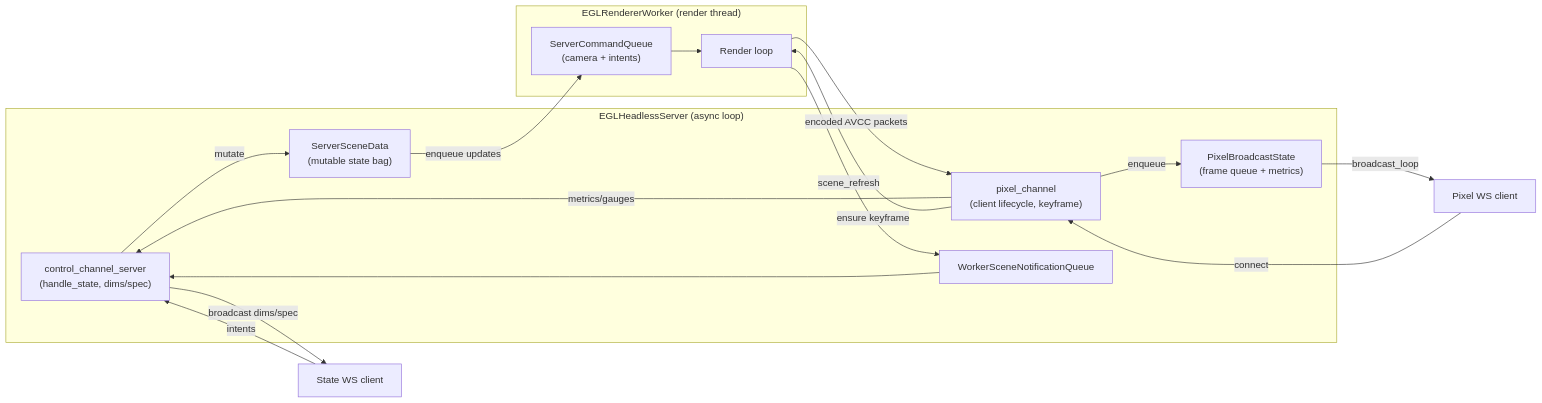
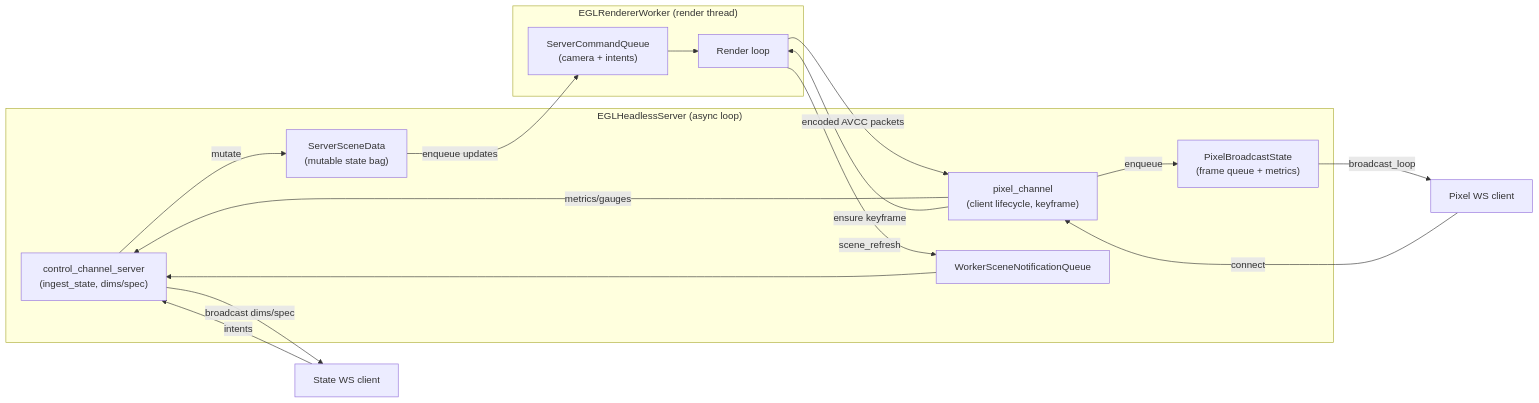
One commit to kirjner/napari-cuda changed the diagram in docs/diagrams/pixel_channel.mmd. Above: the diagram before and after it, drawn with Mermaid. The commit also changed 45 other files, not shown here.

Commit message:
Checkpoint server ingest refactor; dims races visible

```diff
--- a/docs/diagrams/pixel_channel.mmd
+++ b/docs/diagrams/pixel_channel.mmd
@@ -1,35 +1,35 @@
 graph LR
     %% Async control loop components
     subgraph AsyncLoop["EGLHeadlessServer (async loop)"]
-        SSC["control_channel_server\n(handle_state, dims/spec)"]
+        SSC["control_channel_server\n(ingest_state, dims/spec)"]
         PCH["pixel_channel\n(client lifecycle, keyframe)"]
         SceneBag["ServerSceneData\n(mutable state bag)"]
         PixelBag["PixelBroadcastState\n(frame queue + metrics)"]
         WQueue["WorkerSceneNotificationQueue"]
     end
 
     %% Worker thread + helpers
     subgraph WorkerThread["EGLRendererWorker (render thread)"]
         Worker["Render loop"]
         SceneQueue["ServerCommandQueue\n(camera + intents)"]
     end
 
     %% Clients
     StateClient["State WS client"]
     PixelClient["Pixel WS client"]
 
     %% Data/control flow
     StateClient -->|intents| SSC
     SSC -->|mutate| SceneBag
     SSC -->|broadcast dims/spec| StateClient
     SceneBag -->|enqueue updates| SceneQueue
     SceneQueue --> Worker
     Worker -->|scene_refresh| WQueue
     WQueue --> SSC
 
     PixelClient -->|connect| PCH
     PCH -->|metrics/gauges| SSC
     Worker -->|encoded AVCC packets| PCH
     PCH -->|enqueue| PixelBag
     PixelBag -->|broadcast_loop| PixelClient
     PCH -->|ensure keyframe| Worker
```
